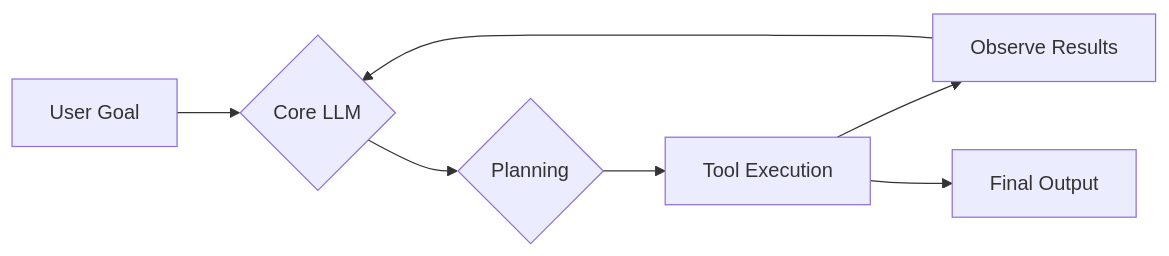
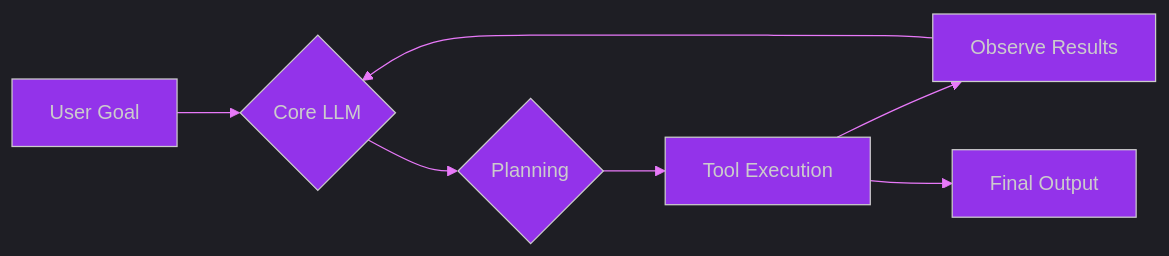
One commit to kousen/cosmic-catalog changed the first of 6 diagrams in ai_agent_comparison.md. Above: the diagram before and after it, drawn with Mermaid. The commit also changed other lines of this file, not shown here.

First line of the commit message:
Add vibrant colors and dark theme to AI Agent Comparison presentation

````diff
--- a/ai_agent_comparison.md
+++ b/ai_agent_comparison.md
@@ -31,9 +56,10 @@
 ```mermaid
+%%{init: {'theme':'dark', 'themeVariables': { 'primaryColor':'#9333ea', 'primaryTextColor':'#fff', 'primaryBorderColor':'#a855f7', 'lineColor':'#e879f9', 'secondaryColor':'#6366f1', 'tertiaryColor':'#3b82f6', 'background':'#1e293b', 'mainBkg':'#9333ea', 'secondBkg':'#6366f1', 'tertiaryBkg':'#3b82f6'}}}%%
 graph LR
     A[User Goal] --> B{Core LLM};
     B --> C{Planning};
     C --> D[Tool Execution];
     D --> E[Observe Results];
     E --> B;
     D --> F[Final Output];
 ```
````
